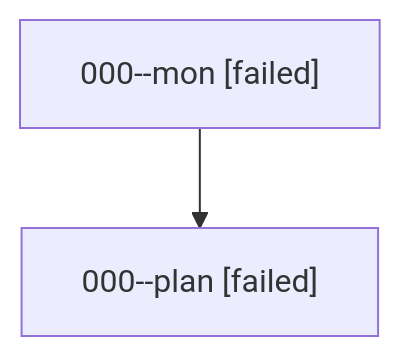
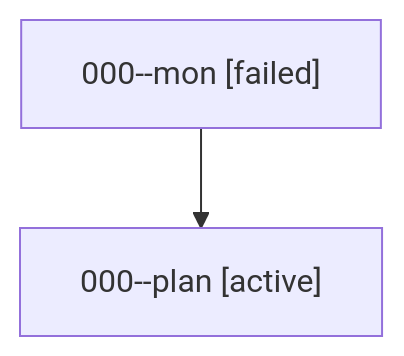
The diagram in families/bbugyi200.athena.000.md (sase-org/sase--agents), drawn with Mermaid before and after one commit. The commit also changed other lines of this file and 35830 other files, not shown here.

````diff
--- a/families/bbugyi200.athena.000.md
+++ b/families/bbugyi200.athena.000.md
@@ -9,6 +9,6 @@
 ```mermaid
 flowchart TD
   n0["000--mon [failed]"]
-  n1["000--plan [failed]"]
+  n1["000--plan [active]"]
   n0 --> n1
 ```
````
